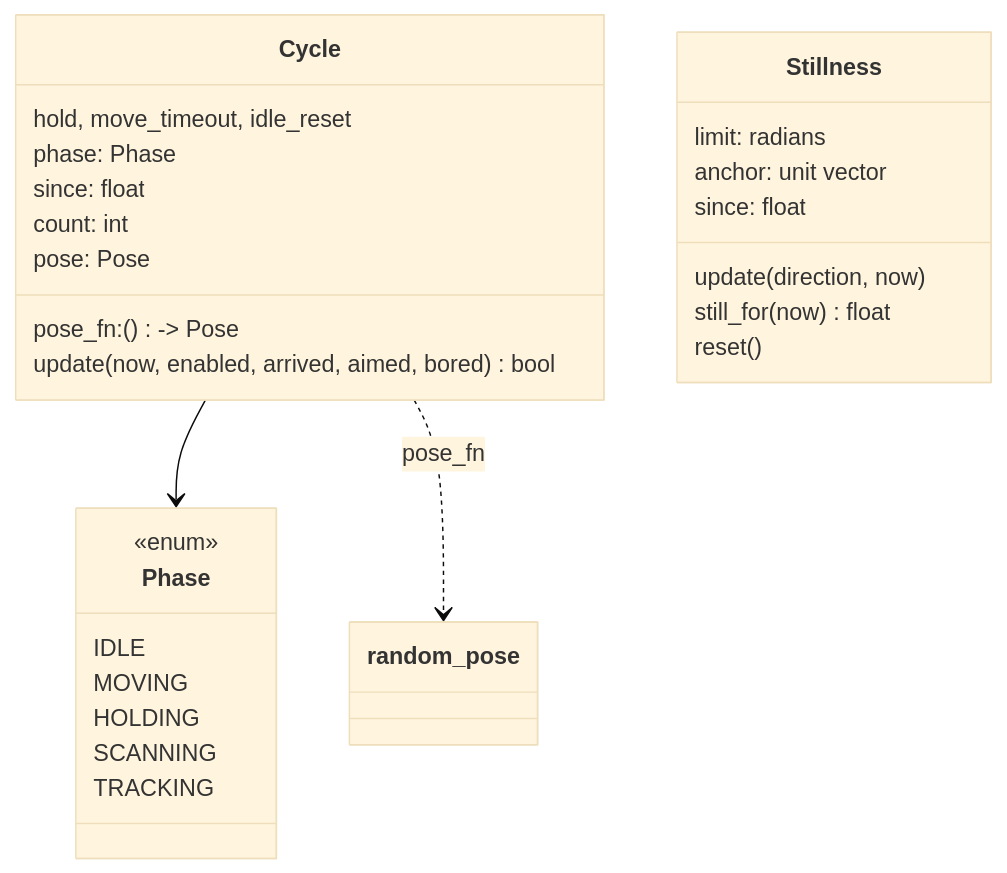
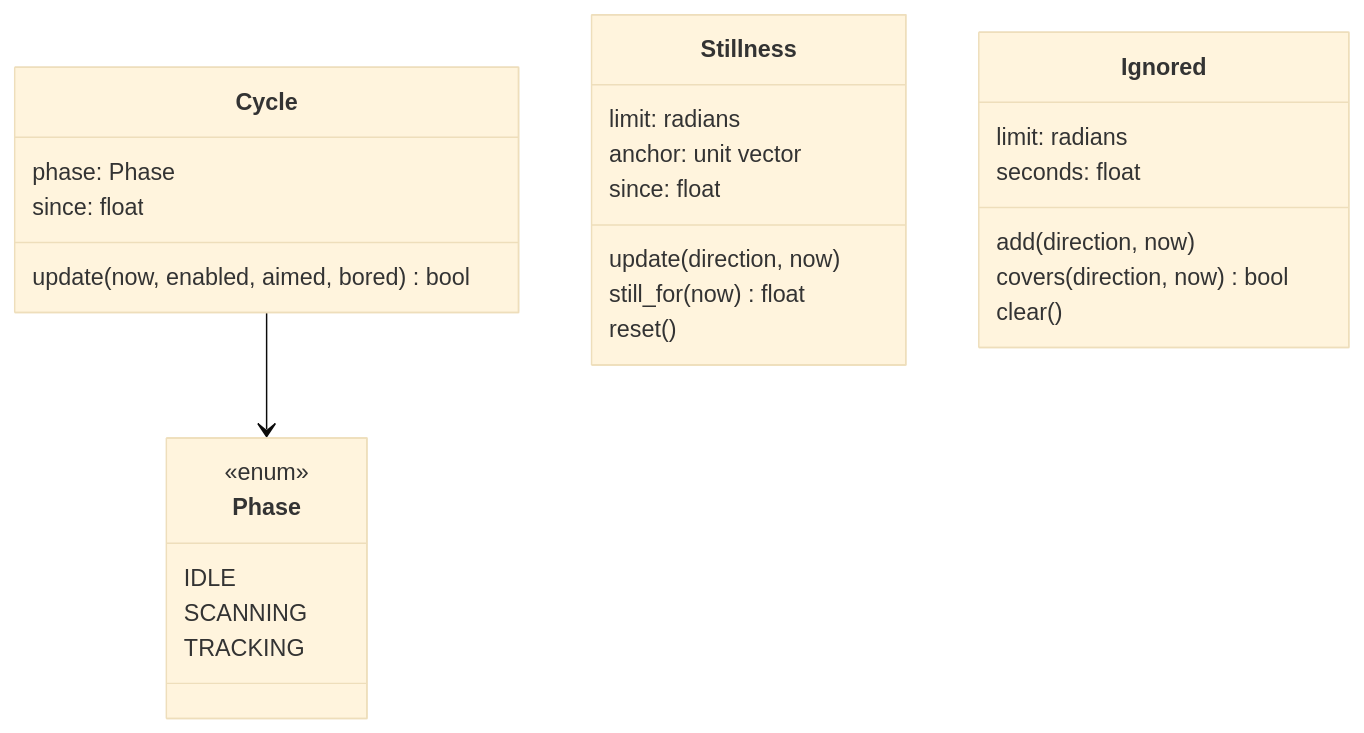
The fourth of 12 diagrams in arch.md (belambert/reachy-gaze), drawn with Mermaid (base theme) before and after one commit. The commit also changed other lines of this file and 7 other files, not shown here.

````diff
--- a/arch.md
+++ b/arch.md
@@ -126,30 +128,30 @@
 ```mermaid
 classDiagram
     class Phase {
         <<enum>>
         IDLE
-        MOVING
-        HOLDING
         SCANNING
         TRACKING
     }
     class Cycle {
-        pose_fn: () -> Pose
-        hold, move_timeout, idle_reset
         phase: Phase
         since: float
-        count: int
-        pose: Pose
-        update(now, enabled, arrived, aimed, bored) bool
+        update(now, enabled, aimed, bored) bool
     }
     class Stillness {
         limit: radians
         anchor: unit vector
         since: float
         update(direction, now)
         still_for(now) float
         reset()
     }
+    class Ignored {
+        limit: radians
+        seconds: float
+        add(direction, now)
+        covers(direction, now) bool
+        clear()
+    }
     Cycle --> Phase
-    Cycle ..> random_pose : pose_fn
 ```
````
